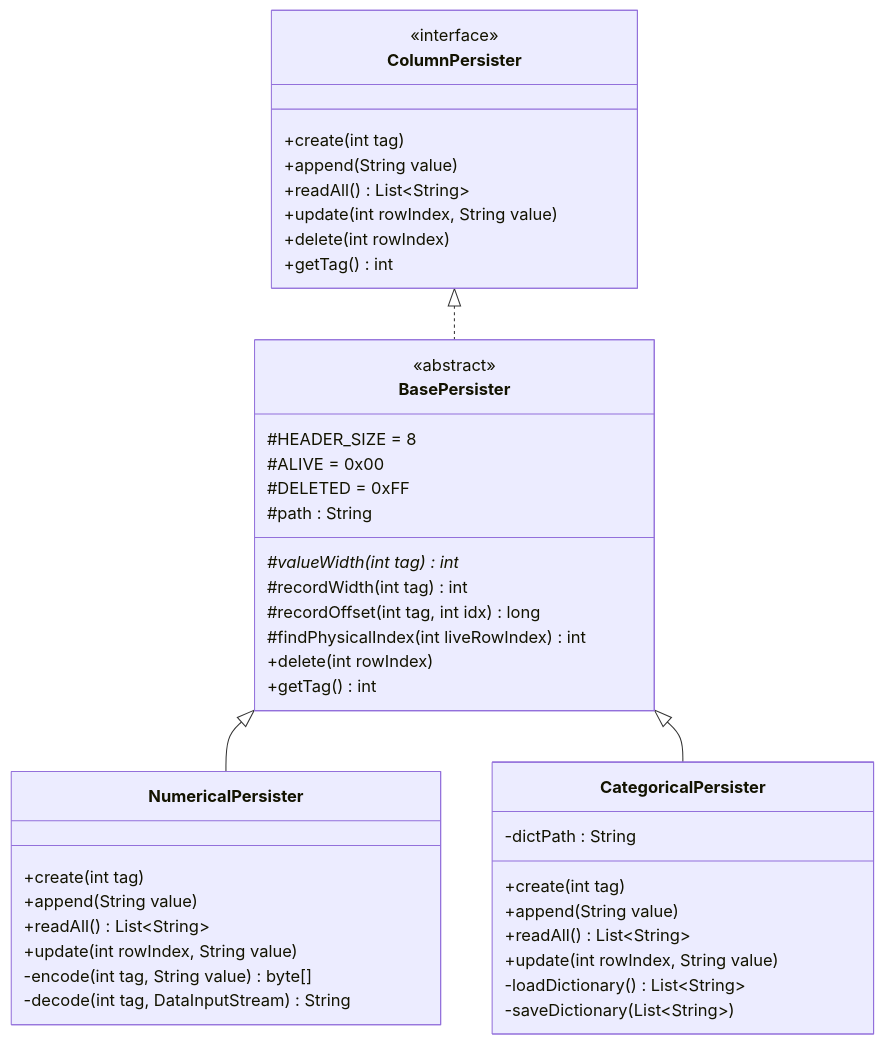
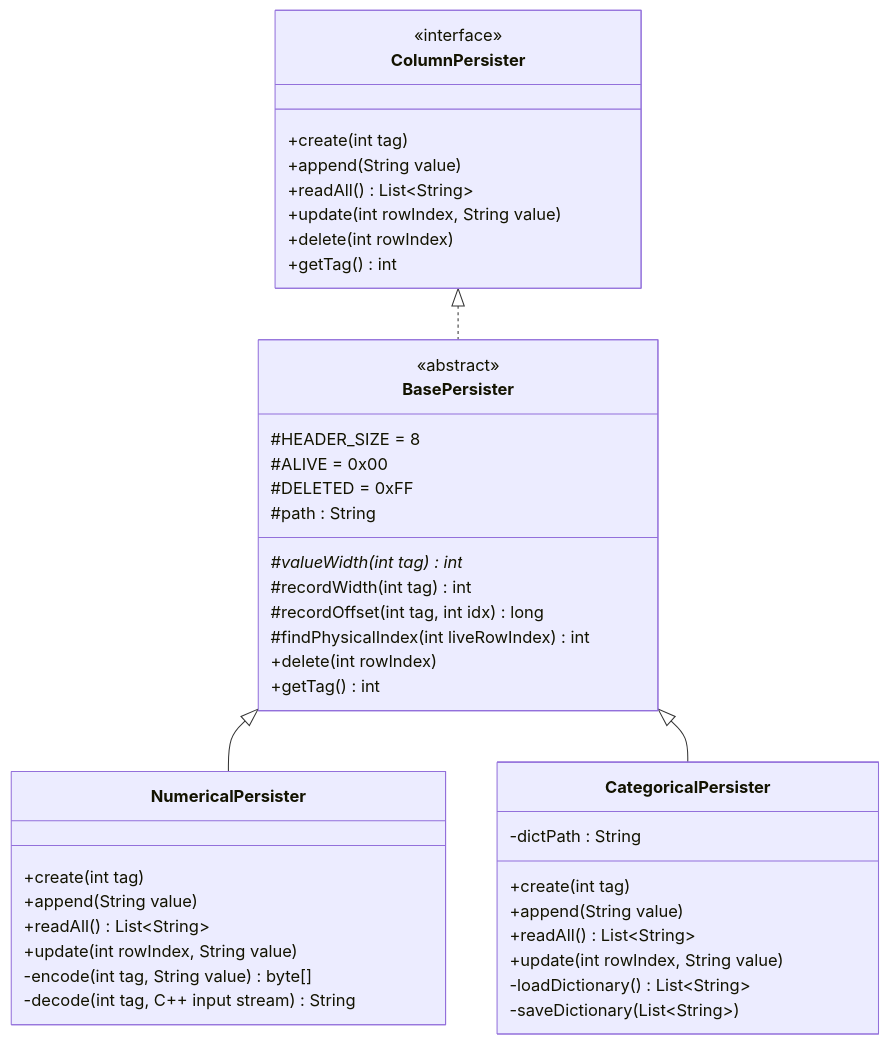
One commit to JILSPATEL/Column-Store-Data-Storage-System changed the fourth of 9 diagrams in README.md. Above: the diagram before and after it, drawn with Mermaid. The commit also changed other lines of this file and 56 other files, not shown here.

````diff
--- a/README.md
+++ b/README.md
@@ -374,49 +353,49 @@
 ```mermaid
 classDiagram
     class ColumnPersister {
         <<interface>>
         +create(int tag)
         +append(String value)
         +readAll() List~String~
         +update(int rowIndex, String value)
         +delete(int rowIndex)
         +getTag() int
     }
 
     class BasePersister {
         <<abstract>>
         #HEADER_SIZE = 8
         #ALIVE = 0x00
         #DELETED = 0xFF
         #path : String
         #valueWidth(int tag)* int
         #recordWidth(int tag) int
         #recordOffset(int tag, int idx) long
         #findPhysicalIndex(int liveRowIndex) int
         +delete(int rowIndex)
         +getTag() int
     }
 
     class NumericalPersister {
         +create(int tag)
         +append(String value)
         +readAll() List~String~
         +update(int rowIndex, String value)
         -encode(int tag, String value) byte[]
-        -decode(int tag, DataInputStream) String
+        -decode(int tag, C++ input stream) String
     }
 
     class CategoricalPersister {
         -dictPath : String
         +create(int tag)
         +append(String value)
         +readAll() List~String~
         +update(int rowIndex, String value)
         -loadDictionary() List~String~
         -saveDictionary(List~String~)
     }
 
     ColumnPersister <|.. BasePersister
     BasePersister <|-- NumericalPersister
     BasePersister <|-- CategoricalPersister
 ```
````
